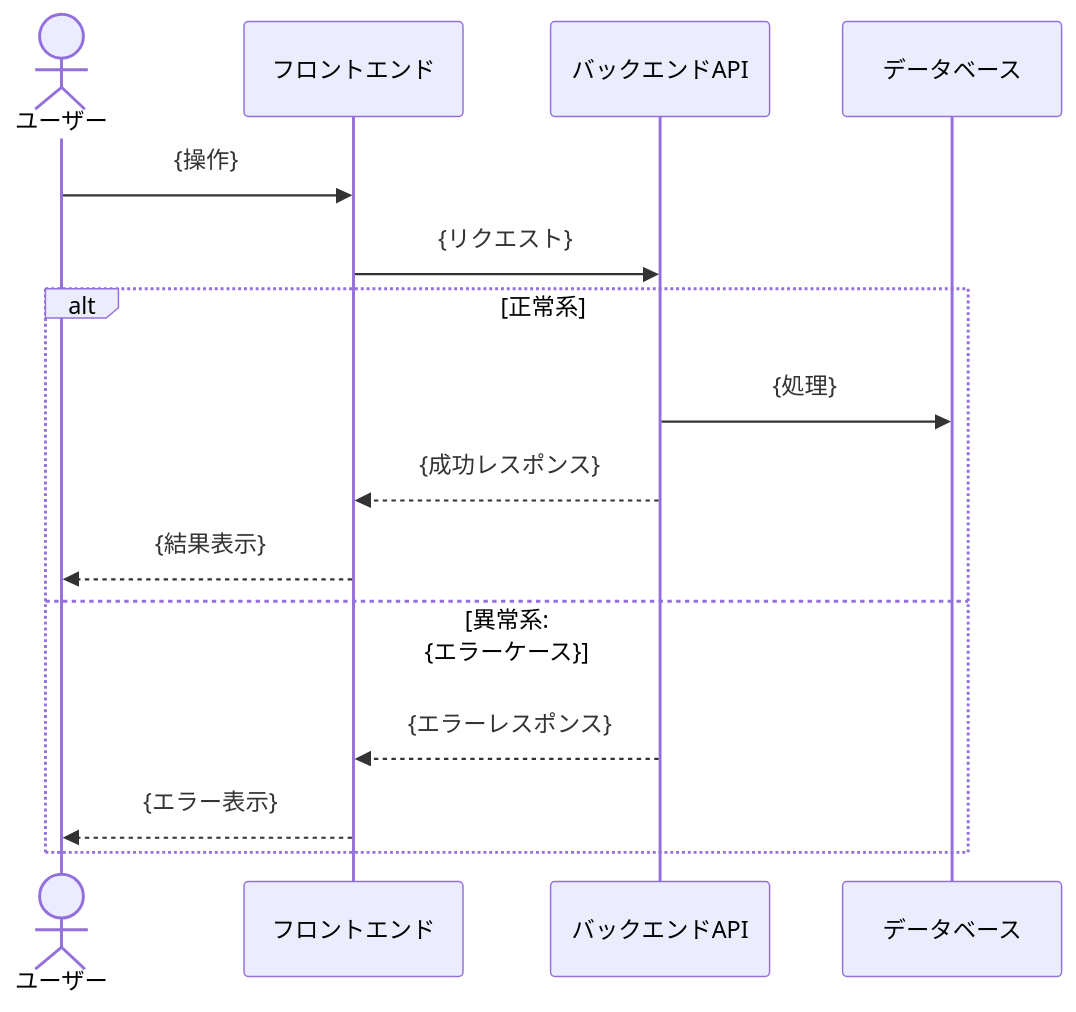
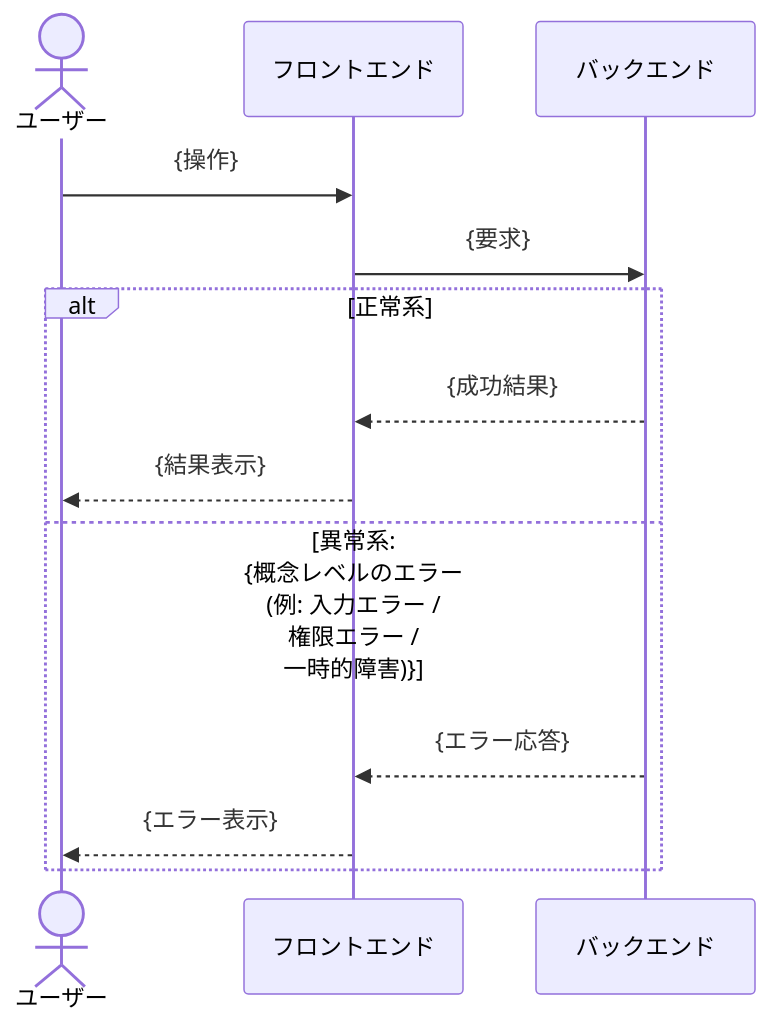
One commit to mrtry-lab/skills changed the diagram in skills/agile-create-backlog/templates/story.md. Above: the diagram before and after it, drawn with Mermaid. The commit also changed other lines of this file, not shown here.

````diff
--- a/skills/agile-create-backlog/templates/story.md
+++ b/skills/agile-create-backlog/templates/story.md
@@ -29,19 +30,17 @@
 ```mermaid
 sequenceDiagram
     actor User as ユーザー
     participant FE as フロントエンド
-    participant API as バックエンドAPI
-    participant DB as データベース
+    participant Backend as バックエンド
 
     User->>FE: {操作}
-    FE->>API: {リクエスト}
-    
+    FE->>Backend: {要求}
+
     alt 正常系
-        API->>DB: {処理}
-        API-->>FE: {成功レスポンス}
+        Backend-->>FE: {成功結果}
         FE-->>User: {結果表示}
-    else 異常系: {エラーケース}
-        API-->>FE: {エラーレスポンス}
+    else 異常系: {概念レベルのエラー (例: 入力エラー / 権限エラー / 一時的障害)}
+        Backend-->>FE: {エラー応答}
         FE-->>User: {エラー表示}
     end
 ```
````
